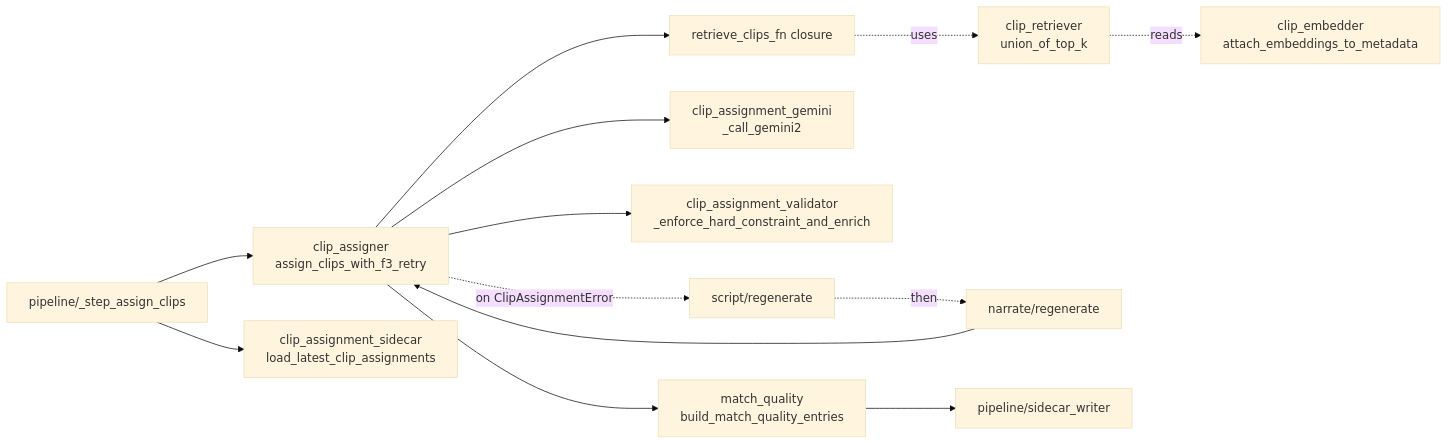
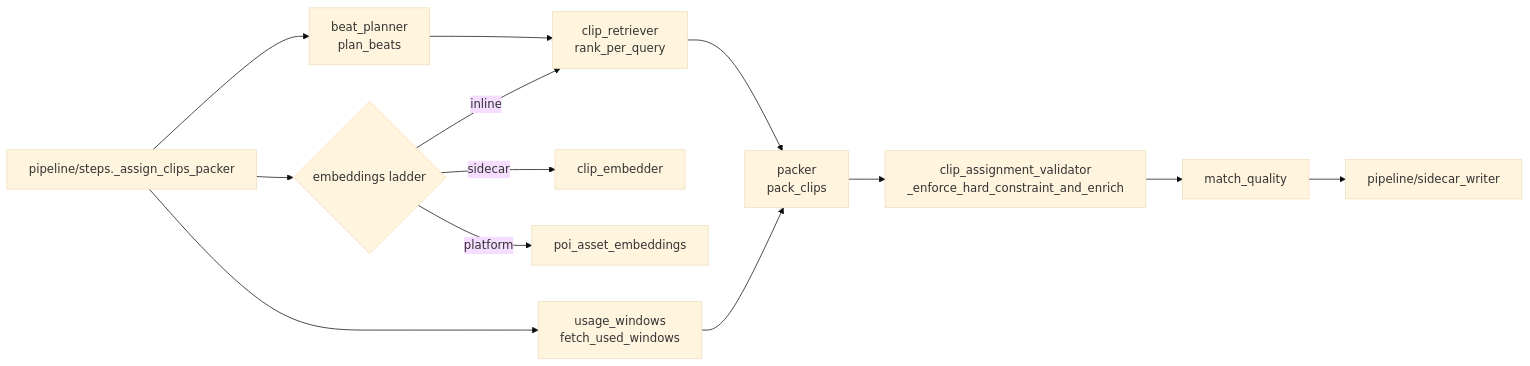
One commit to Leo86868/Promo-Pipeline changed the diagram in promo/core/assign/architecture.md. Above: the diagram before and after it, drawn with Mermaid (base theme). The commit also changed other lines of this file and 45 other files, not shown here.

````diff
--- a/promo/core/assign/architecture.md
+++ b/promo/core/assign/architecture.md
@@ -28,15 +34,14 @@
 ```mermaid
 flowchart LR
-    P[pipeline/_step_assign_clips] --> F[clip_assigner<br/>assign_clips_with_f3_retry]
-    F --> RC[retrieve_clips_fn closure]
-    RC -.uses.-> RET[clip_retriever<br/>union_of_top_k]
-    RET -.reads.-> EMB[clip_embedder<br/>attach_embeddings_to_metadata]
-    F --> G[clip_assignment_gemini<br/>_call_gemini2]
-    F --> V[clip_assignment_validator<br/>_enforce_hard_constraint_and_enrich]
-    F -. on ClipAssignmentError .-> S1[script/regenerate]
-    S1 -. then .-> N1[narrate/regenerate]
-    N1 --> F
-    P --> SC[clip_assignment_sidecar<br/>load_latest_clip_assignments]
-    F --> MQ[match_quality<br/>build_match_quality_entries]
-    MQ --> SW[pipeline/sidecar_writer]
+    P[pipeline/steps._assign_clips_packer] --> BP[beat_planner<br/>plan_beats]
+    P --> EMB{embeddings ladder}
+    EMB -->|inline| R
+    EMB -->|sidecar| CE[clip_embedder]
+    EMB -->|platform| PE[poi_asset_embeddings]
+    BP --> R[clip_retriever<br/>rank_per_query]
+    P --> UW[usage_windows<br/>fetch_used_windows]
+    R --> PK[packer<br/>pack_clips]
+    UW --> PK
+    PK --> V[clip_assignment_validator<br/>_enforce_hard_constraint_and_enrich]
+    V --> MQ[match_quality] --> SW[pipeline/sidecar_writer]
 ```
````
